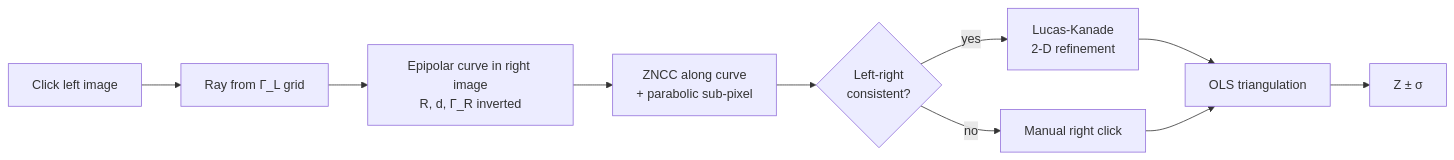
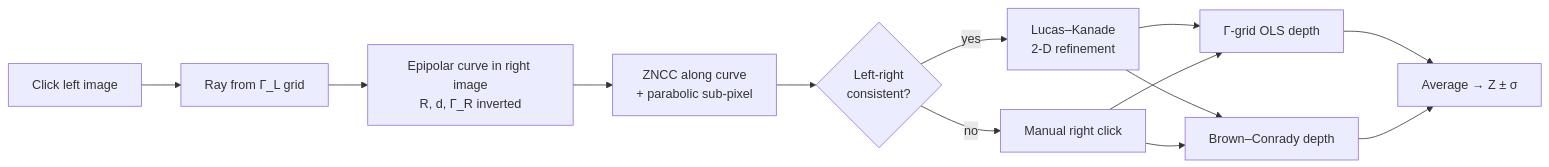
Before and after one commit to GEV44/stereo-distance-calculator: the diagram in README.md, drawn with Mermaid. The commit also changed other lines of this file and 12 other files, not shown here.

````diff
--- a/README.md
+++ b/README.md
@@ -38,12 +47,15 @@
 ```mermaid
 flowchart LR
     A[Click left image] --> B[Ray from Γ_L grid]
     B --> C[Epipolar curve in right image<br/>R, d, Γ_R inverted]
     C --> D[ZNCC along curve<br/>+ parabolic sub-pixel]
     D --> E{Left-right<br/>consistent?}
-    E -- yes --> F[Lucas-Kanade<br/>2-D refinement]
+    E -- yes --> F[Lucas–Kanade<br/>2-D refinement]
     E -- no --> M[Manual right click]
-    F --> G[OLS triangulation]
+    F --> G[Γ-grid OLS depth]
     M --> G
-    G --> H[Z ± σ]
+    F --> K[Brown–Conrady depth]
+    M --> K
+    G --> H[Average → Z ± σ]
+    K --> H
 ```
````
